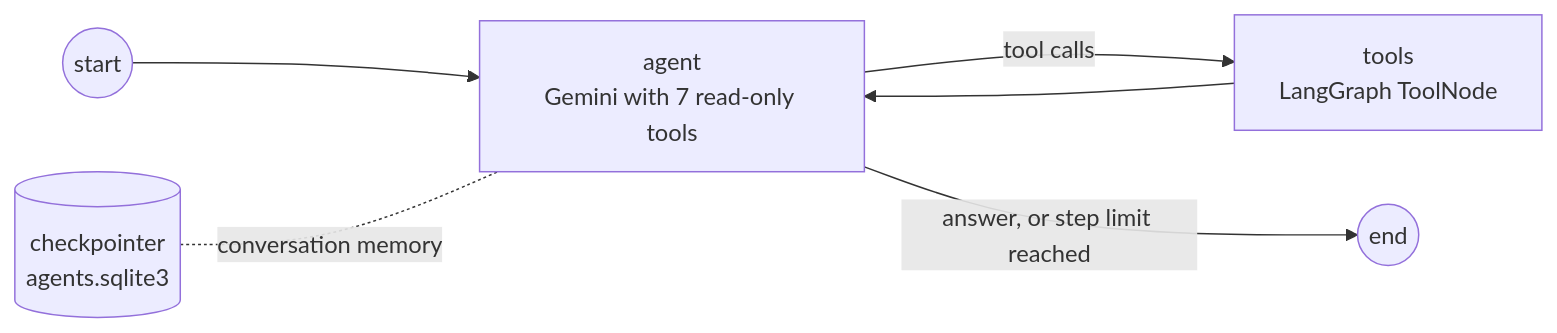
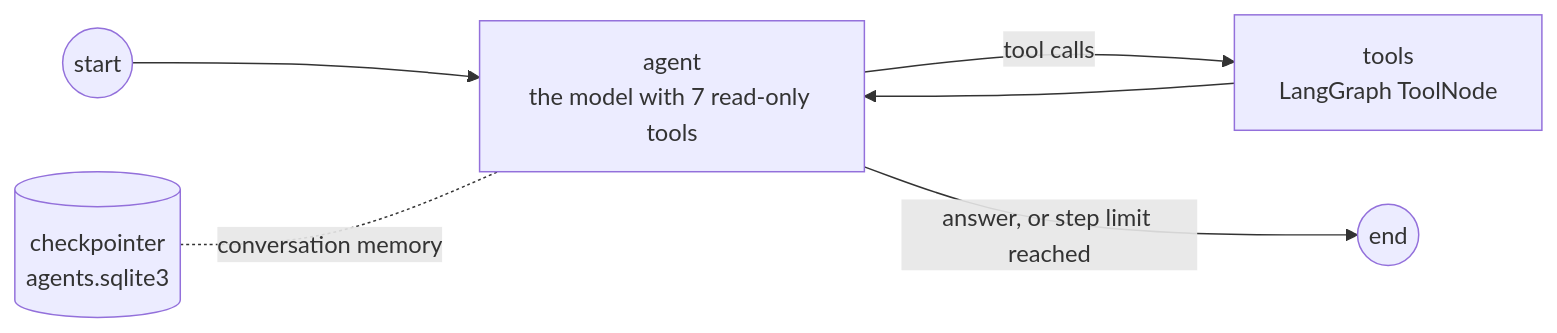
The fifth of 7 diagrams in README.md (nithinskumar866/AIdoccreator), drawn with Mermaid before and after one commit. The commit also changed other lines of this file, not shown here.

First line of the commit message:
Add a What's new section to the README and describe both model providers

````diff
--- a/README.md
+++ b/README.md
@@ -241,8 +285,8 @@
 ```mermaid
 flowchart LR
-    S((start)) --> A["agent<br/>Gemini with 7 read-only tools"]
+    S((start)) --> A["agent<br/>the model with 7 read-only tools"]
     A -- "tool calls" --> T["tools<br/>LangGraph ToolNode"]
     T --> A
     A -- "answer, or step limit reached" --> E((end))
     CK[("checkpointer<br/>agents.sqlite3")] -. "conversation memory" .- A
 ```
````
